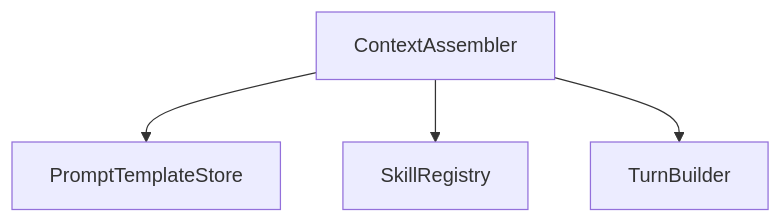
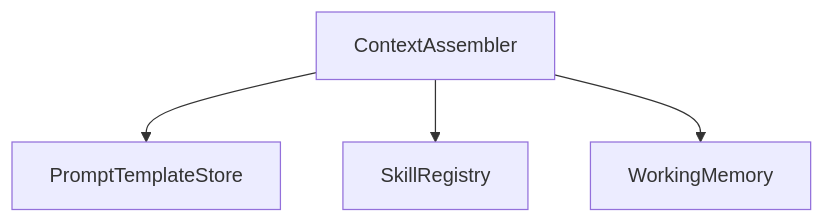
One commit to aneldev/dyna-ai-gateway changed the first of 9 diagrams in docs/60-architecture/00-blueprint-classes-and-connections.md. Above: the diagram before and after it, drawn with Mermaid. The commit also changed other lines of this file and 82 other files, not shown here.

````diff
--- a/docs/60-architecture/00-blueprint-classes-and-connections.md
+++ b/docs/60-architecture/00-blueprint-classes-and-connections.md
@@ -80,6 +80,6 @@
 ```mermaid
 flowchart TB
   CA[ContextAssembler] --> PT[PromptTemplateStore]
   CA --> SR0[SkillRegistry]
-  CA --> TB[TurnBuilder]
+  CA --> WM0[WorkingMemory]
 ```
````
